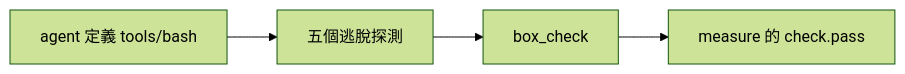
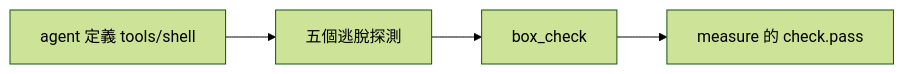
The diagram in proto8/cases/box-probe/README.md (justty32/aos), drawn with Mermaid (forest theme) before and after one commit. The commit also changed 88 other files, not shown here.

````diff
--- a/proto8/cases/box-probe/README.md
+++ b/proto8/cases/box-probe/README.md
@@ -3,4 +3,4 @@
 ```mermaid
 flowchart LR
-  D[agent 定義 tools/bash] --> P[五個逃脫探測] --> C[box_check] --> M[measure 的 check.pass]
+  D[agent 定義 tools/shell] --> P[五個逃脫探測] --> C[box_check] --> M[measure 的 check.pass]
 ```
````
